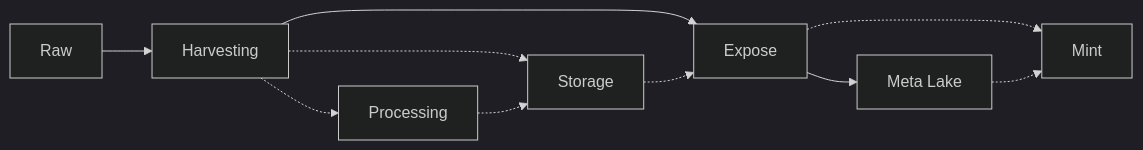
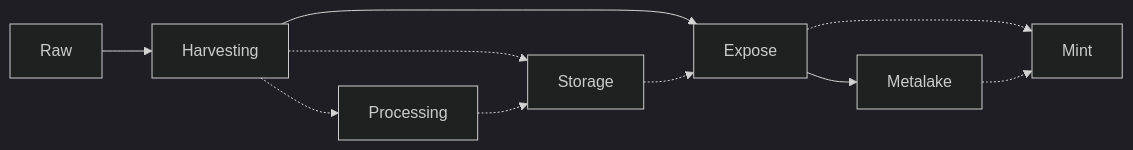
Before and after one commit to SynapseMedia/nucleus: the first of 2 diagrams in docs/dev/arch.md, drawn with Mermaid (dark theme). The commit also changed other lines of this file, not shown here.

Commit message:
docs: fix typo

````diff
--- a/docs/dev/arch.md
+++ b/docs/dev/arch.md
@@ -4,12 +4,12 @@
 ``` mermaid
 graph LR
   A[Raw] --> B[Harvesting];
   B --> C[Expose];
   B -.-> D[Processing];
   B -.-> E[Storage]
   D -.-> E[Storage]
   E -.-> C[Expose]
-  C --> F[Meta Lake]
+  C --> F[Metalake]
   C -.-> G[Mint]
   F -.-> G[Mint]
 ```
````
